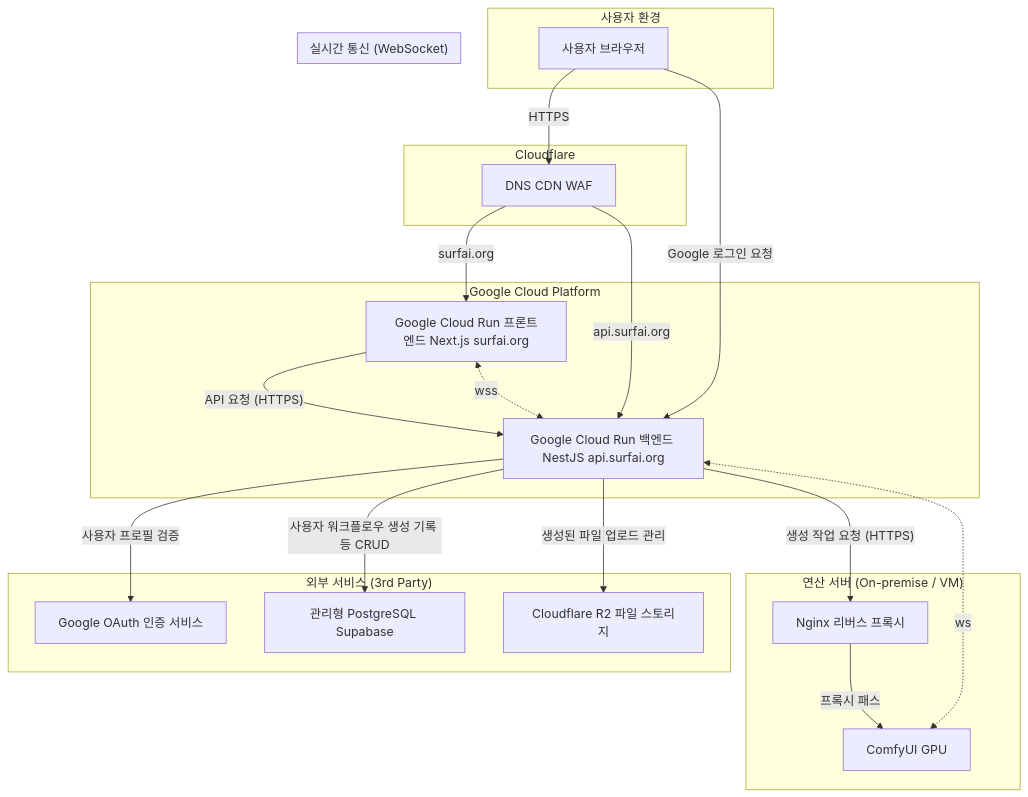
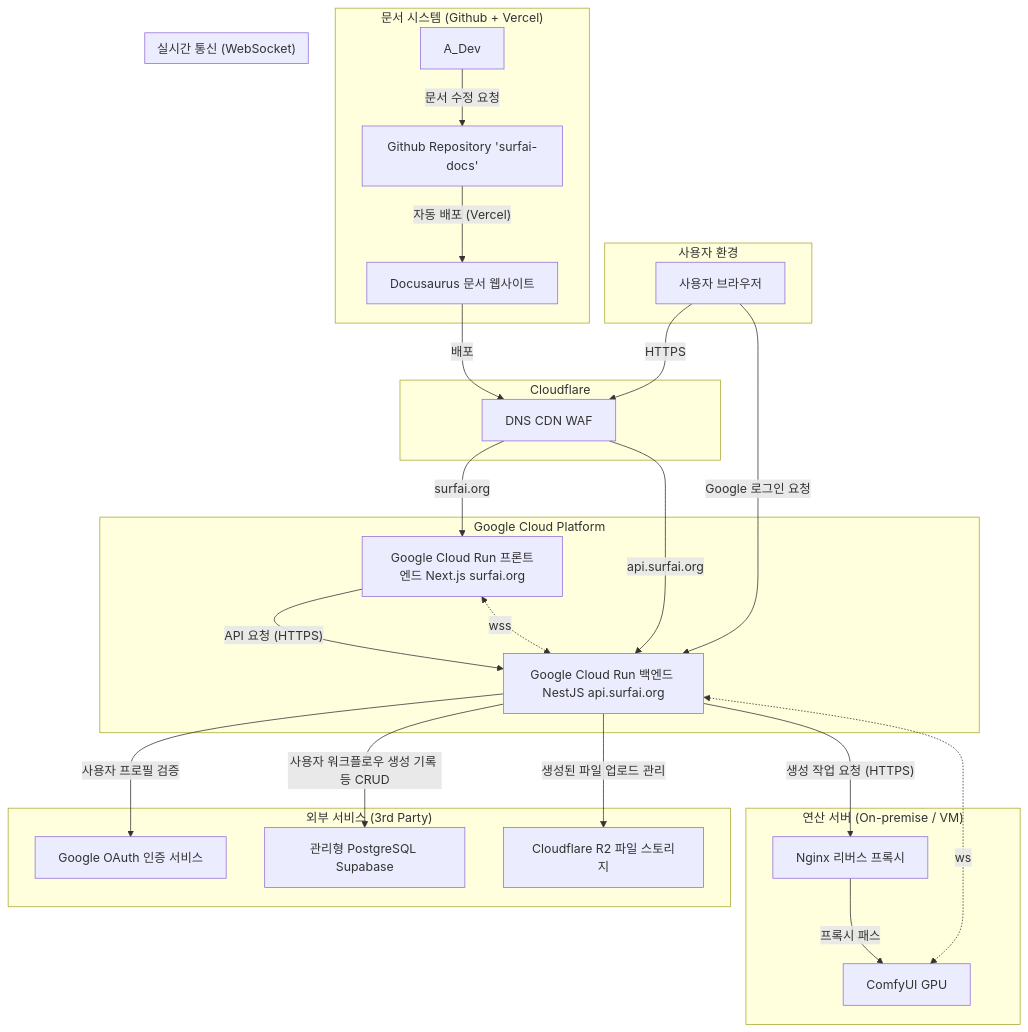
Before and after one commit to jaytsol/surfai-docs: the diagram in website/docs/ARCHITECTURE.md, drawn with Mermaid. The commit also changed 2 other files, not shown here.

Commit message:
fixed diagram

````diff
--- a/website/docs/ARCHITECTURE.md
+++ b/website/docs/ARCHITECTURE.md
@@ -21,50 +21,58 @@
 ```mermaid
 graph TD
     subgraph "사용자 환경"
         A[사용자 브라우저]
     end
 
     subgraph "Cloudflare"
         B[DNS CDN WAF]
     end
 
     subgraph "Google Cloud Platform"
         C[Google Cloud Run 프론트엔드 Next.js surfai.org]
         D[Google Cloud Run 백엔드 NestJS api.surfai.org]
     end
 
     subgraph "외부 서비스 (3rd Party)"
         E[관리형 PostgreSQL Supabase]
         F[Cloudflare R2 파일 스토리지]
         H[Google OAuth 인증 서비스]
     end
     
     subgraph "연산 서버 (On-premise / VM)"
         G_Proxy[Nginx 리버스 프록시]
         G[ComfyUI GPU]
         G_Proxy -- 프록시 패스 --> G
     end
 
+    subgraph "문서 시스템 (Github + Vercel)"
+        I[Docusaurus 문서 웹사이트]
+        J[Github Repository 'surfai-docs']
+        I -- 배포 --> B
+        A_Dev -- 문서 수정 요청 --> J
+        J -- 자동 배포 (Vercel) --> I
+    end
+
     %% --- 데이터 흐름 정의 ---
 
     A -- HTTPS --> B;
     B -- surfai.org --> C;
     B -- api.surfai.org --> D;
     
     C -- API 요청 (HTTPS) --> D;
     
     %% 인증 흐름
     A -- Google 로그인 요청 --> D;
     D -- 사용자 프로필 검증 --> H;
 
     %% 백엔드 로직
     D -- "사용자 워크플로우 생성 기록 등 CRUD" --> E;
     D -- "생성된 파일 업로드 관리" --> F;
     D -- 생성 작업 요청 (HTTPS) --> G_Proxy;
     
     %% 실시간 통신 (WebSocket)
     subgraph "실시간 통신 (WebSocket)"
         C <-. wss .-> D
         D <-. ws .-> G
     end
 ```
````
